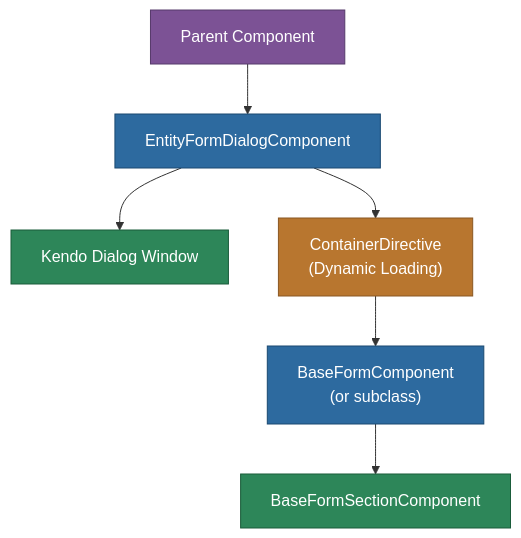
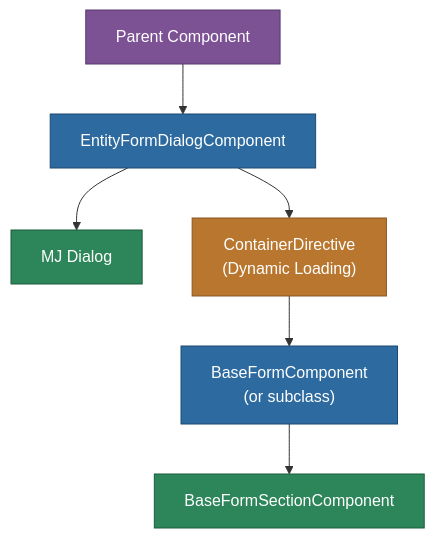
One commit to MemberJunction/MJ changed the diagram in packages/Angular/Explorer/entity-form-dialog/README.md. Above: the diagram before and after it, drawn with Mermaid. The commit also changed other lines of this file and 117 other files, not shown here.

````diff
--- a/packages/Angular/Explorer/entity-form-dialog/README.md
+++ b/packages/Angular/Explorer/entity-form-dialog/README.md
@@ -19,15 +19,15 @@
 ```mermaid
 graph TD
     PARENT["Parent Component"] --> EFD["EntityFormDialogComponent"]
-    EFD --> KD["Kendo Dialog Window"]
+    EFD --> KD["MJ Dialog"]
     EFD --> CD["ContainerDirective\n(Dynamic Loading)"]
     CD --> BFC["BaseFormComponent\n(or subclass)"]
     BFC --> BFSC["BaseFormSectionComponent"]
 
     style PARENT fill:#7c5295,stroke:#563a6b,color:#fff
     style EFD fill:#2d6a9f,stroke:#1a4971,color:#fff
     style KD fill:#2d8659,stroke:#1a5c3a,color:#fff
     style CD fill:#b8762f,stroke:#8a5722,color:#fff
     style BFC fill:#2d6a9f,stroke:#1a4971,color:#fff
     style BFSC fill:#2d8659,stroke:#1a5c3a,color:#fff
 ```
````
